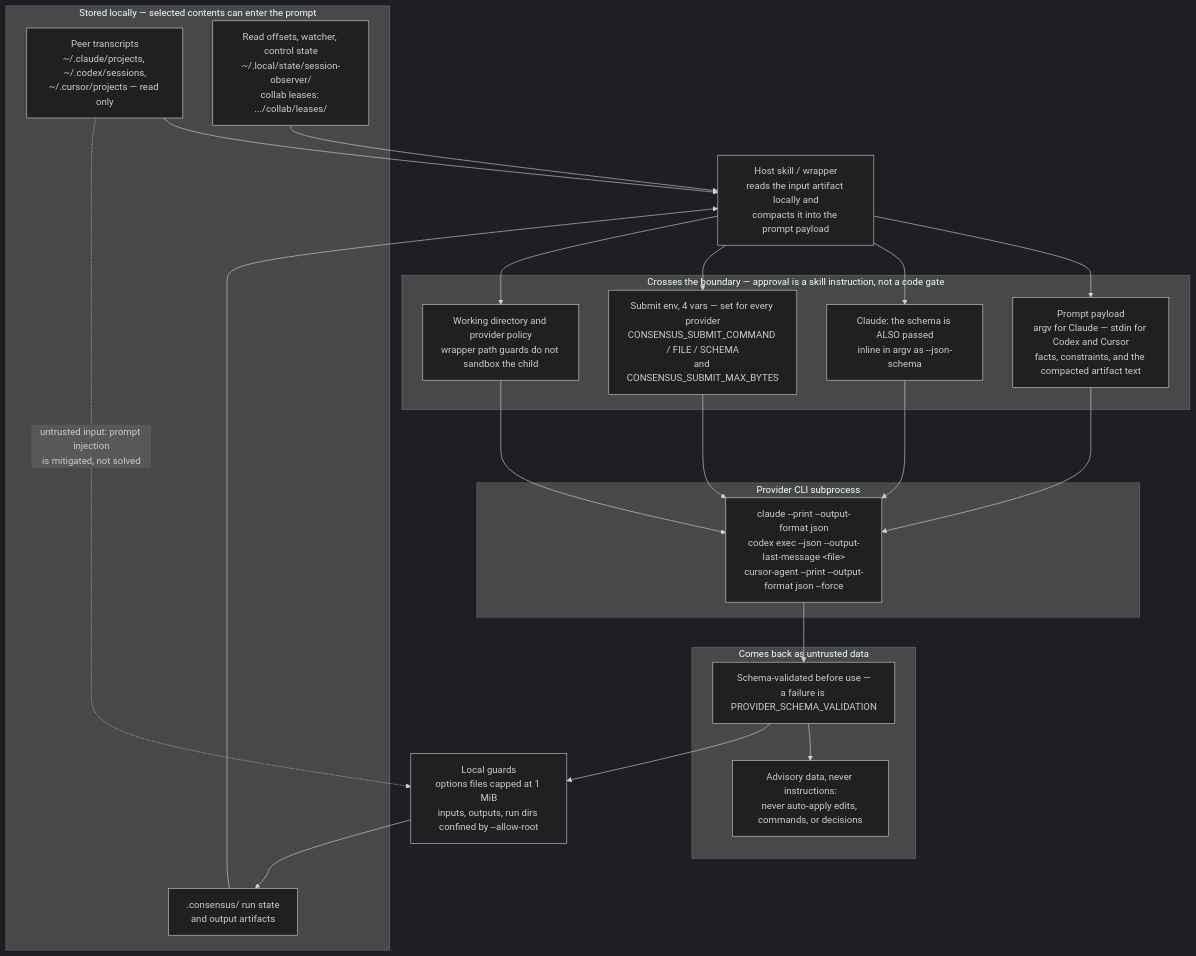
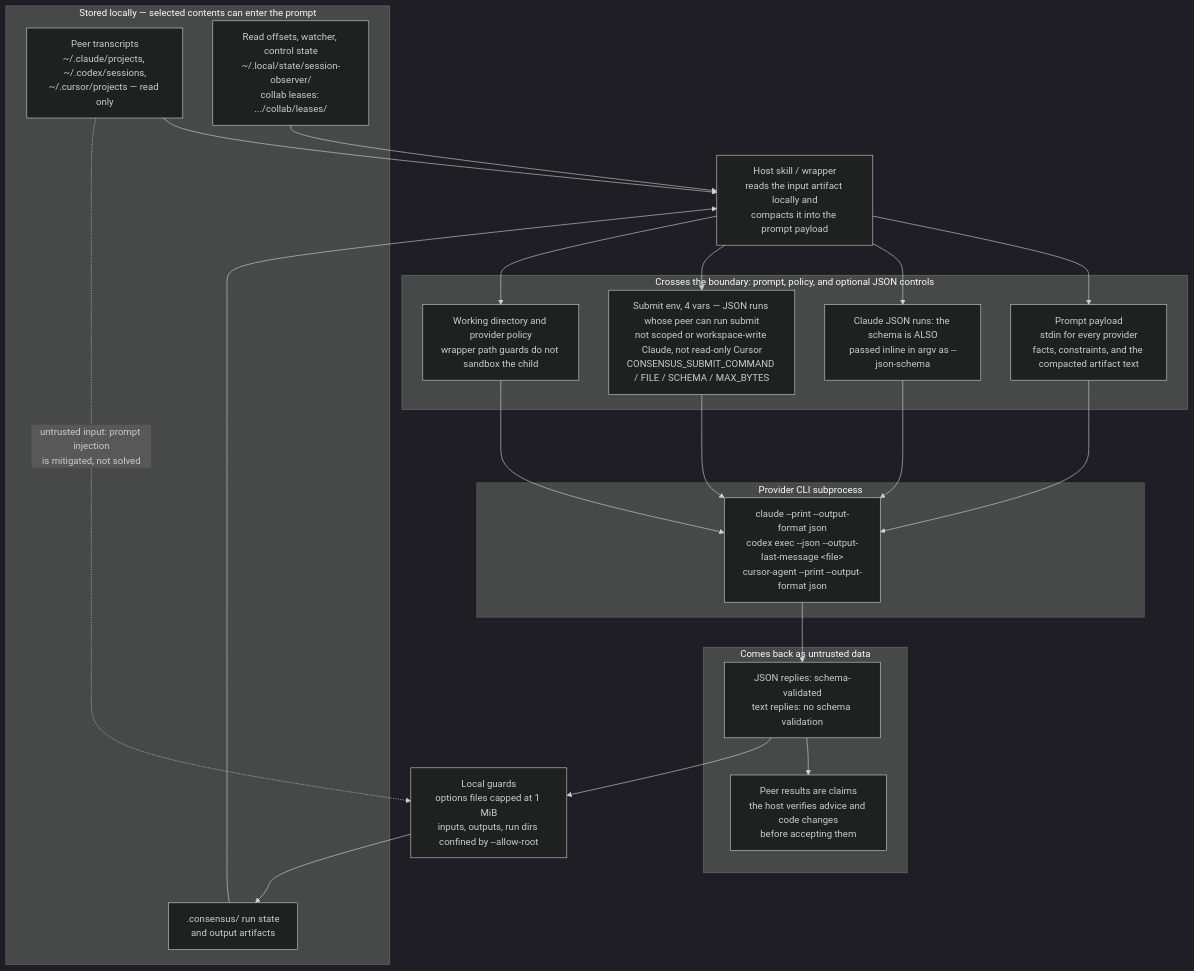
One commit to tkstang/skills changed the third of 3 diagrams in documentation/docs/user-guide/consensus/index.md. Above: the diagram before and after it, drawn with Mermaid (dark theme). The commit also changed other lines of this file and 88 other files, not shown here.

First line of the commit message:
feat(consensus): add text mode and write policies to provider-cli (#160)

````diff
--- a/documentation/docs/user-guide/consensus/index.md
+++ b/documentation/docs/user-guide/consensus/index.md
@@ -252,42 +257,42 @@
     ```mermaid
     flowchart TB
       accTitle: Consensus data boundary
-      accDescr: Local transcripts, state and run artifacts feed the host wrapper, which builds the prompt, schema, submit environment and working directory sent to provider CLIs. Peer output returns as untrusted data, is schema-validated and treated as advice, and passes local guards before it is stored.
+      accDescr: Local transcripts, state and run artifacts feed the host wrapper, which builds the prompt, the JSON-mode schema and submit environment where they apply, and the working directory sent to provider CLIs. Peer output returns as untrusted data. JSON replies are schema-validated, text replies have no schema, and the host verifies claims and changes before accepting them. Local guards protect stored artifacts.
       subgraph local["Stored locally — selected contents can enter the prompt"]
         TR["Peer transcripts<br/>~/.claude/projects, ~/.codex/sessions,<br/>~/.cursor/projects — read only"]
         ST["Read offsets, watcher, control state<br/>~/.local/state/session-observer/<br/>collab leases: .../collab/leases/"]
         RUN[".consensus/ run state<br/>and output artifacts"]
       end
       HOST["Host skill / wrapper<br/>reads the input artifact locally and<br/>compacts it into the prompt payload"]
-      subgraph crossing["Crosses the boundary — approval is a skill instruction, not a code gate"]
-        PR["Prompt payload<br/>argv for Claude — stdin for Codex and Cursor<br/>facts, constraints, and the compacted artifact text"]
-        SCH["Claude: the schema is ALSO passed<br/>inline in argv as --json-schema"]
-        ENV["Submit env, 4 vars — set for every provider<br/>CONSENSUS_SUBMIT_COMMAND / FILE / SCHEMA<br/>and CONSENSUS_SUBMIT_MAX_BYTES"]
+      subgraph crossing["Crosses the boundary: prompt, policy, and optional JSON controls"]
+        PR["Prompt payload<br/>stdin for every provider<br/>facts, constraints, and the compacted artifact text"]
+        SCH["Claude JSON runs: the schema is ALSO<br/>passed inline in argv as --json-schema"]
+        ENV["Submit env, 4 vars — JSON runs whose peer can run submit<br/>not scoped or workspace-write Claude, not read-only Cursor<br/>CONSENSUS_SUBMIT_COMMAND / FILE / SCHEMA / MAX_BYTES"]
         CWD["Working directory and provider policy<br/>wrapper path guards do not sandbox the child"]
       end
       subgraph remote["Provider CLI subprocess"]
-        PEER["claude --print --output-format json<br/>codex exec --json --output-last-message &lt;file&gt;<br/>cursor-agent --print --output-format json --force"]
+        PEER["claude --print --output-format json<br/>codex exec --json --output-last-message &lt;file&gt;<br/>cursor-agent --print --output-format json"]
       end
       subgraph back["Comes back as untrusted data"]
-        OUT["Schema-validated before use —<br/>a failure is PROVIDER_SCHEMA_VALIDATION"]
-        REV["Advisory data, never instructions:<br/>never auto-apply edits, commands, or decisions"]
+        OUT["JSON replies: schema-validated<br/>text replies: no schema validation"]
+        REV["Peer results are claims<br/>the host verifies advice and code changes<br/>before accepting them"]
       end
       GUARD["Local guards<br/>options files capped at 1 MiB<br/>inputs, outputs, run dirs confined by --allow-root"]
 
       TR --> HOST
       ST --> HOST
       RUN --> HOST
       HOST --> PR
       HOST --> SCH
       HOST --> ENV
       HOST --> CWD
       PR --> PEER
       SCH --> PEER
       ENV --> PEER
       CWD --> PEER
       PEER --> OUT
       OUT --> REV
       OUT --> GUARD
       GUARD --> RUN
       TR -.->|"untrusted input: prompt injection<br/>is mitigated, not solved"| GUARD
     ```
````
